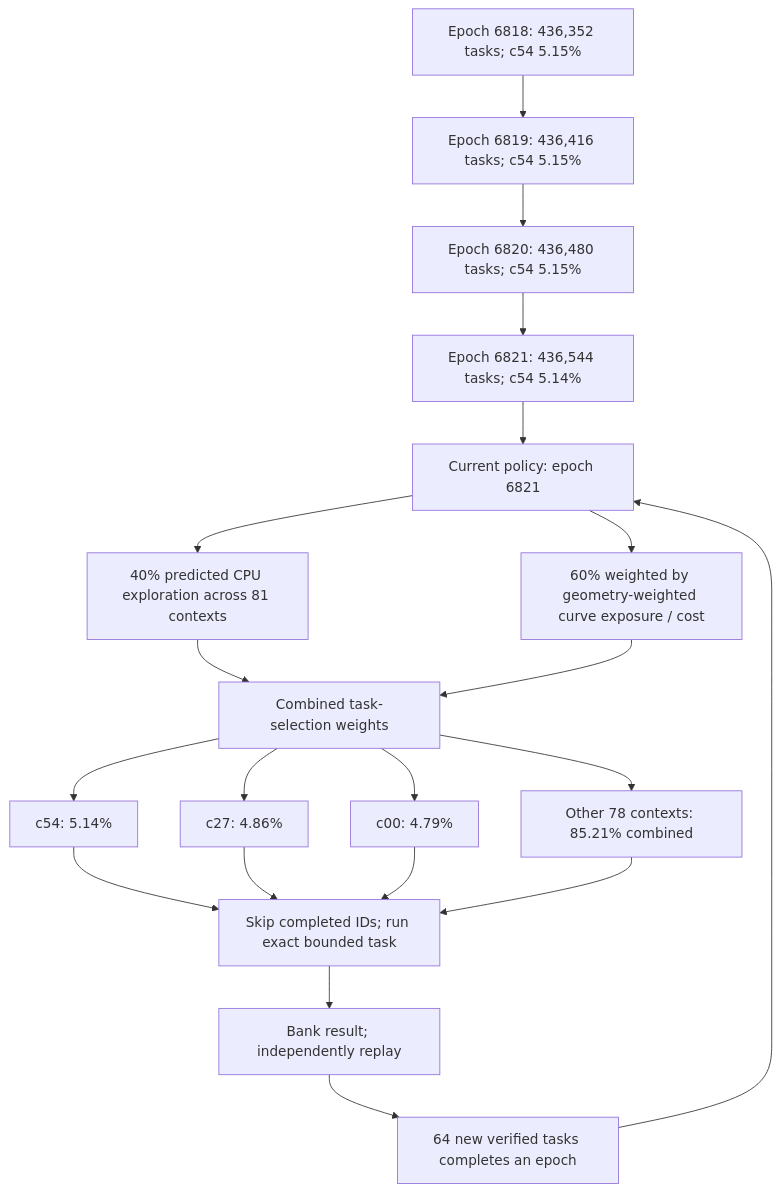
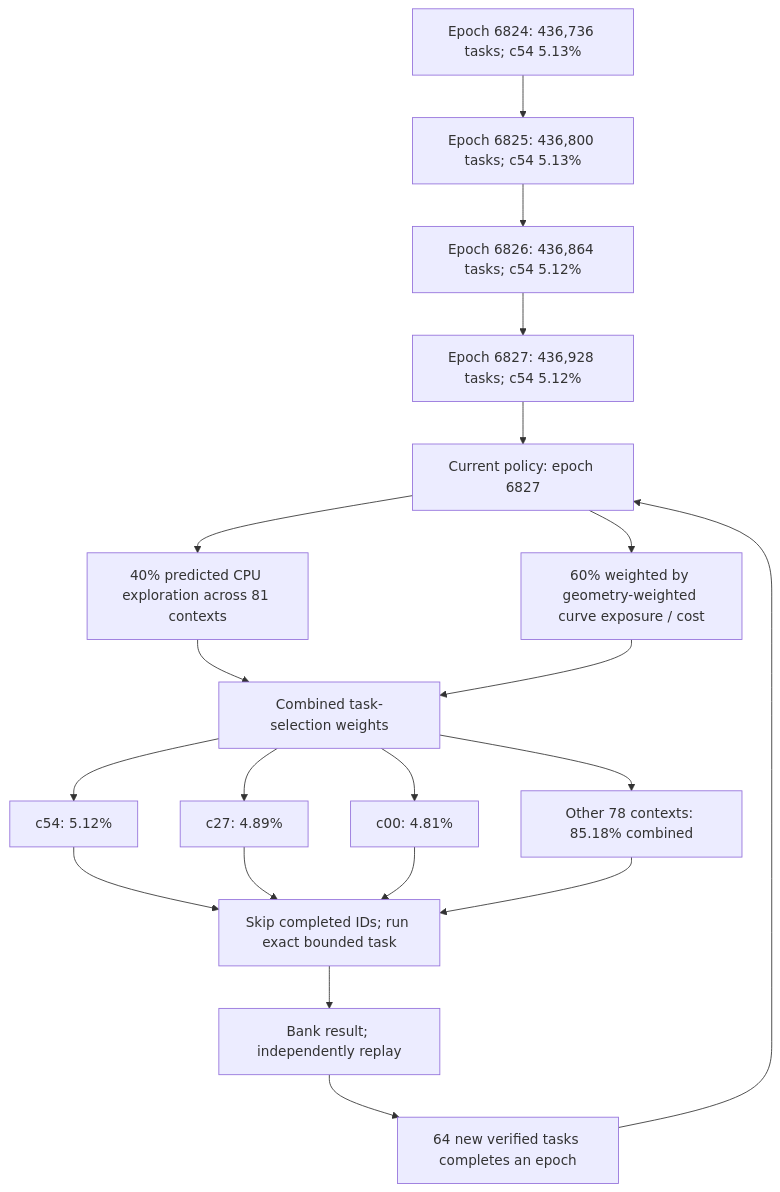
Before and after one commit to Kuberwastaken/math-gambling: the first of 4 diagrams in README.md, drawn with Mermaid. The commit also changed other lines of this file and 1943 other files, not shown here.

````diff
--- a/README.md
+++ b/README.md
@@ -60,27 +60,27 @@
 ```mermaid
 flowchart TD
-    H0["Epoch 6818: 436,352 tasks; c54 5.15%"]
-    H1["Epoch 6819: 436,416 tasks; c54 5.15%"]
+    H0["Epoch 6824: 436,736 tasks; c54 5.13%"]
+    H1["Epoch 6825: 436,800 tasks; c54 5.13%"]
     H0 --> H1
-    H2["Epoch 6820: 436,480 tasks; c54 5.15%"]
+    H2["Epoch 6826: 436,864 tasks; c54 5.12%"]
     H1 --> H2
-    H3["Epoch 6821: 436,544 tasks; c54 5.14%"]
+    H3["Epoch 6827: 436,928 tasks; c54 5.12%"]
     H2 --> H3
-    Policy["Current policy: epoch 6821"]
+    Policy["Current policy: epoch 6827"]
     H3 --> Policy
     Policy --> Explore["40% predicted CPU exploration across 81 contexts"]
     Policy --> Cost["60% weighted by geometry-weighted curve exposure / cost"]
     Explore --> Mix["Combined task-selection weights"]
     Cost --> Mix
-    Mix --> C0["c54: 5.14%"]
-    Mix --> C1["c27: 4.86%"]
-    Mix --> C2["c00: 4.79%"]
-    Mix --> Rest["Other 78 contexts: 85.21% combined"]
+    Mix --> C0["c54: 5.12%"]
+    Mix --> C1["c27: 4.89%"]
+    Mix --> C2["c00: 4.81%"]
+    Mix --> Rest["Other 78 contexts: 85.18% combined"]
     C0 --> Check["Skip completed IDs; run exact bounded task"]
     C1 --> Check
     C2 --> Check
     Rest --> Check
     Check --> Replay["Bank result; independently replay"]
     Replay --> Gate["64 new verified tasks completes an epoch"]
     Gate --> Policy
 ```
````
